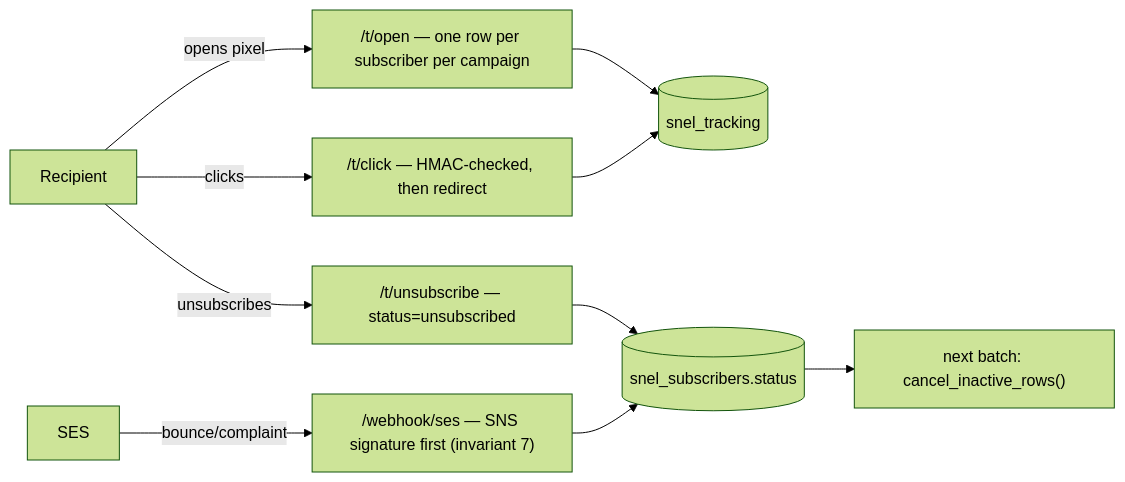
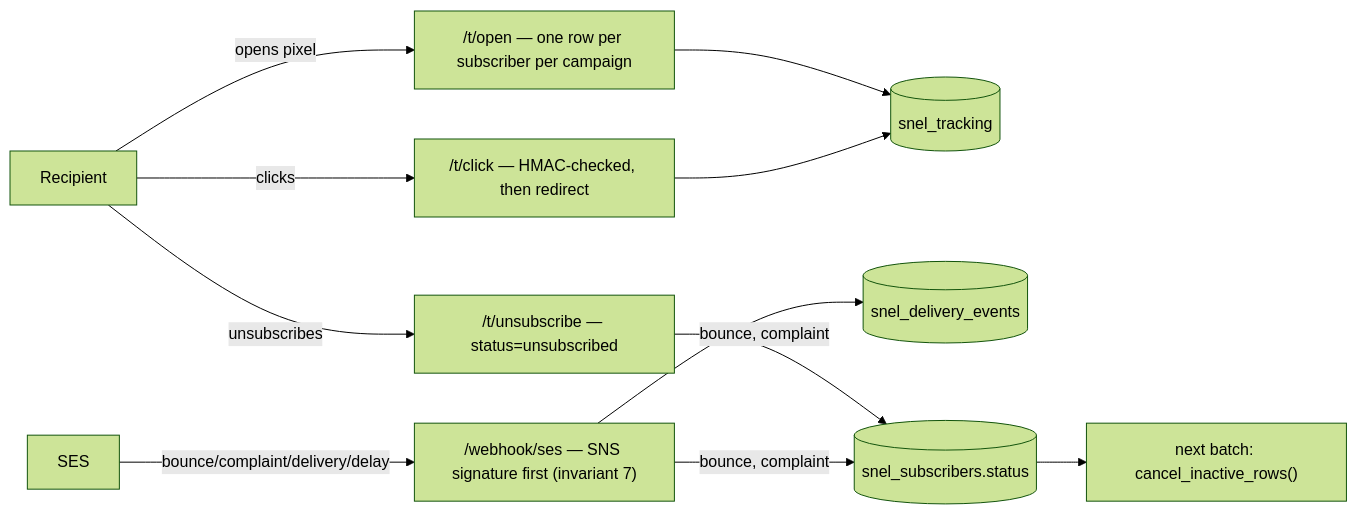
One commit to LaupWing/snel-newsletter changed the third of 3 diagrams in docs/DATA.md. Above: the diagram before and after it, drawn with Mermaid (forest theme). The commit also changed other lines of this file and 13 other files, not shown here.

Commit message:
feat(tracking): store SES delivery, delay, bounce and complaint events per message (v1.9.14)

````diff
--- a/docs/DATA.md
+++ b/docs/DATA.md
@@ -64,10 +64,11 @@
 ```mermaid
 flowchart LR
     A[Recipient] -->|opens pixel| B["/t/open — one row per subscriber per campaign"]
     A -->|clicks| C["/t/click — HMAC-checked, then redirect"]
     A -->|unsubscribes| D["/t/unsubscribe — status=unsubscribed"]
-    SES -->|bounce/complaint| E["/webhook/ses — SNS signature first (invariant 7)"]
+    SES -->|bounce/complaint/delivery/delay| E["/webhook/ses — SNS signature first (invariant 7)"]
     B & C --> F[(snel_tracking)]
-    D & E --> G[(snel_subscribers.status)]
+    E --> I[(snel_delivery_events)]
+    D & E -->|bounce, complaint| G[(snel_subscribers.status)]
     G --> H["next batch: cancel_inactive_rows()"]
 ```
````
